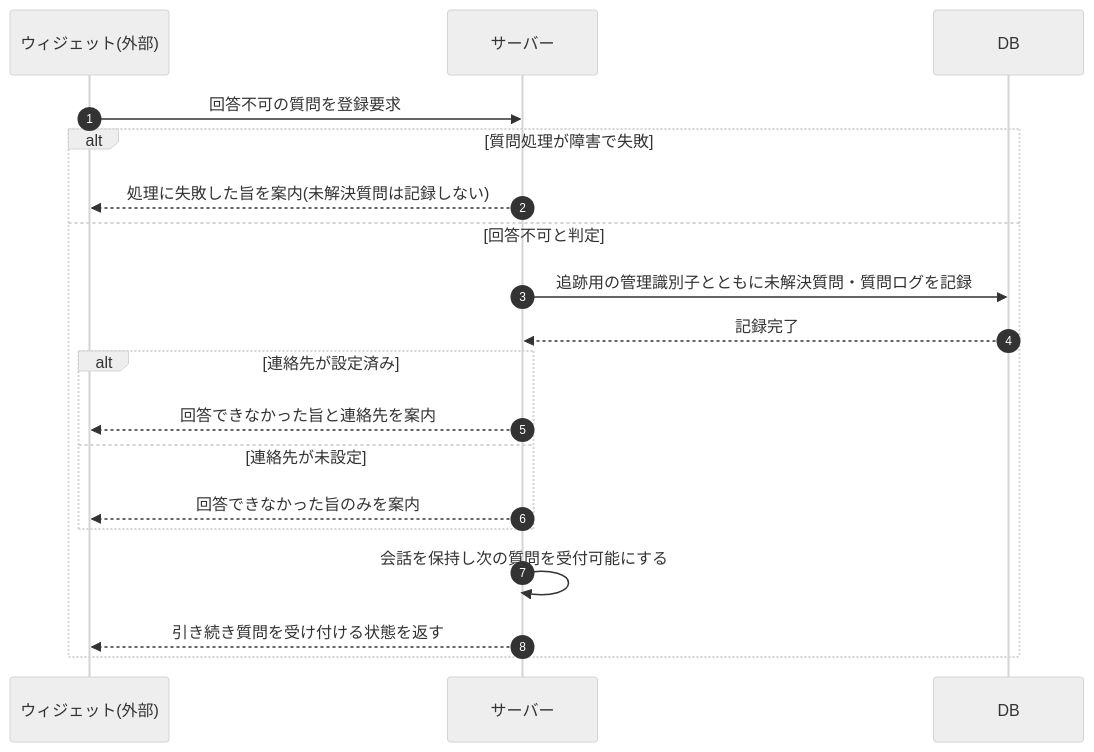
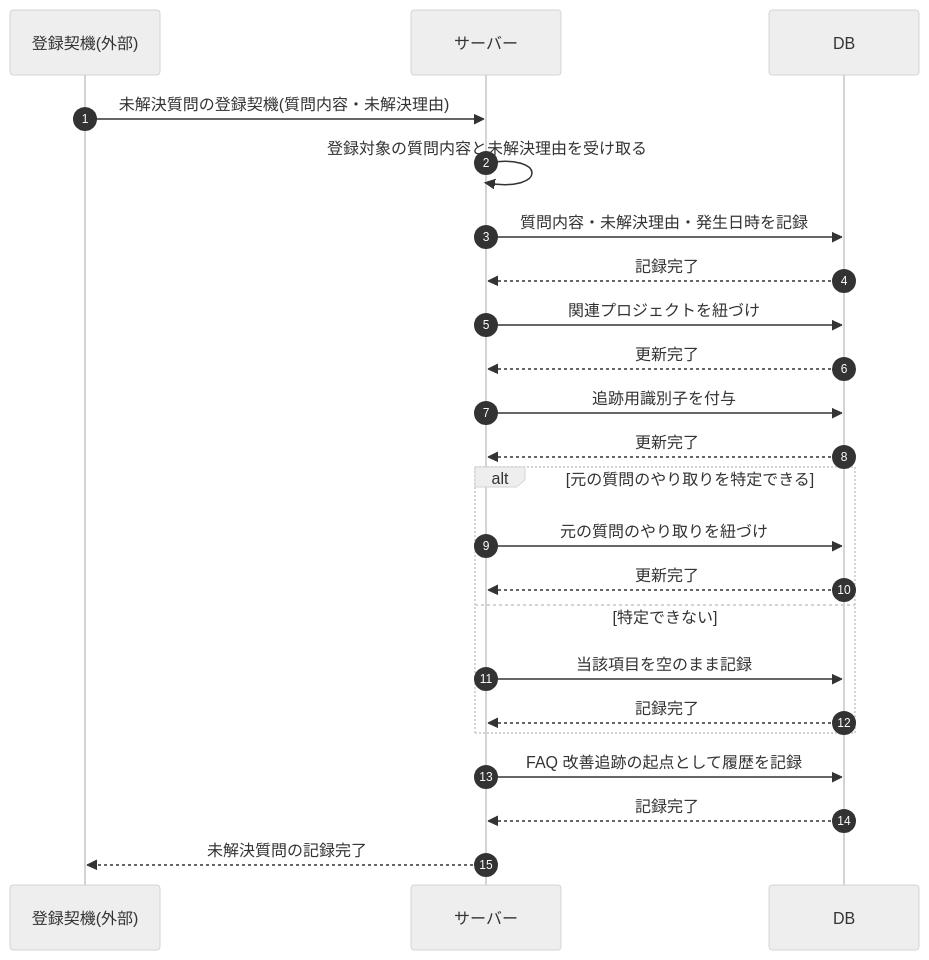
Before and after one commit to sikakou54/open-faq: the diagram in 02_basic_design/03_sequences/SEQ-107.md, drawn with Mermaid (neutral theme). The commit also changed other lines of this file and 99 other files, not shown here.

````diff
--- a/02_basic_design/03_sequences/SEQ-107.md
+++ b/02_basic_design/03_sequences/SEQ-107.md
@@ -25,21 +25,25 @@
 ```mermaid
 sequenceDiagram
   autonumber
-  participant W as ウィジェット(外部)
+  participant T as 登録契機(外部)
   participant Server as サーバー
   participant DB as DB
-  W->>Server: 回答不可の質問を登録要求
-  alt 質問処理が障害で失敗
-    Server-->>W: 処理に失敗した旨を案内(未解決質問は記録しない)
-  else 回答不可と判定
-    Server->>DB: 追跡用の管理識別子とともに未解決質問・質問ログを記録
+  T->>Server: 未解決質問の登録契機(質問内容・未解決理由)
+  Server->>Server: 登録対象の質問内容と未解決理由を受け取る
+  Server->>DB: 質問内容・未解決理由・発生日時を記録
+  DB-->>Server: 記録完了
+  Server->>DB: 関連プロジェクトを紐づけ
+  DB-->>Server: 更新完了
+  Server->>DB: 追跡用識別子を付与
+  DB-->>Server: 更新完了
+  alt 元の質問のやり取りを特定できる
+    Server->>DB: 元の質問のやり取りを紐づけ
+    DB-->>Server: 更新完了
+  else 特定できない
+    Server->>DB: 当該項目を空のまま記録
     DB-->>Server: 記録完了
-    alt 連絡先が設定済み
-      Server-->>W: 回答できなかった旨と連絡先を案内
-    else 連絡先が未設定
-      Server-->>W: 回答できなかった旨のみを案内
-    end
-    Server->>Server: 会話を保持し次の質問を受付可能にする
-    Server-->>W: 引き続き質問を受け付ける状態を返す
   end
+  Server->>DB: FAQ 改善追跡の起点として履歴を記録
+  DB-->>Server: 記録完了
+  Server-->>T: 未解決質問の記録完了
 ```
````
